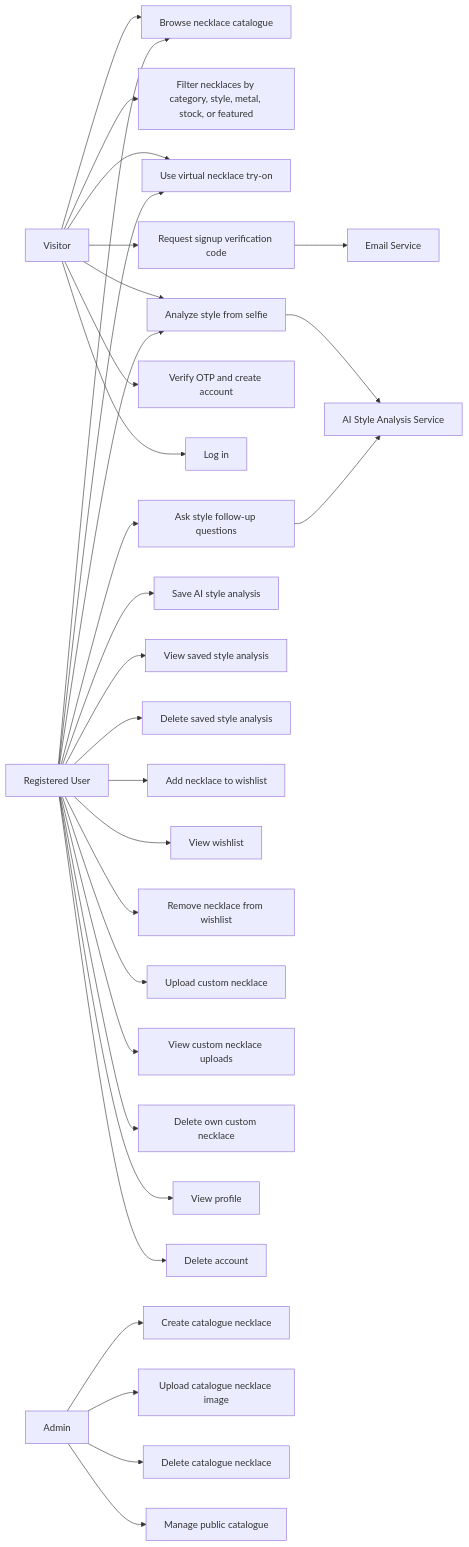
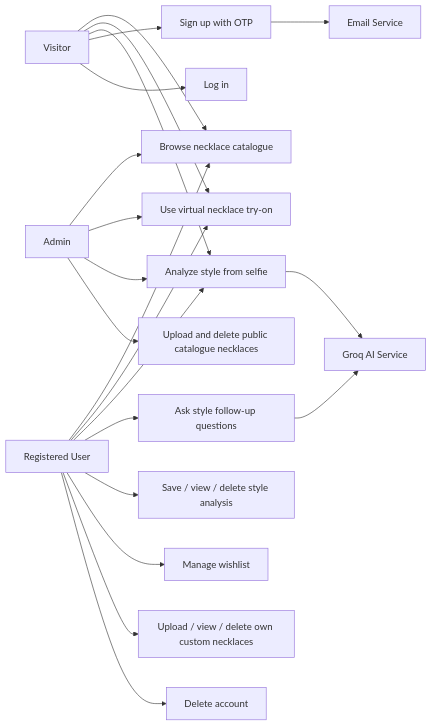
The first of 6 diagrams in docs/uml-diagrams.md (tiaoueiss/lumiere), drawn with Mermaid before and after one commit. The commit also changed other lines of this file, not shown here.

Commit message:
updated uml

````diff
--- a/docs/uml-diagrams.md
+++ b/docs/uml-diagrams.md
@@ -7,42 +7,33 @@
 ```mermaid
 flowchart LR
   visitor["Visitor"]
   user["Registered User"]
   admin["Admin"]
-  ai["AI Style Analysis Service"]
+  ai["Groq AI Service"]
   email["Email Service"]
 
   visitor --> browse["Browse necklace catalogue"]
-  visitor --> filter["Filter necklaces by category, style, metal, stock, or featured"]
   visitor --> tryon["Use virtual necklace try-on"]
   visitor --> analyze["Analyze style from selfie"]
-  visitor --> signupOtp["Request signup verification code"]
-  visitor --> verifySignup["Verify OTP and create account"]
+  visitor --> signup["Sign up with OTP"]
   visitor --> login["Log in"]
 
-  signupOtp --> email
+  signup --> email
   analyze --> ai
 
   user --> browse
   user --> tryon
   user --> analyze
   user --> followup["Ask style follow-up questions"]
-  user --> saveAnalysis["Save AI style analysis"]
-  user --> viewSaved["View saved style analysis"]
-  user --> deleteSaved["Delete saved style analysis"]
-  user --> wishlistAdd["Add necklace to wishlist"]
-  user --> wishlistView["View wishlist"]
-  user --> wishlistRemove["Remove necklace from wishlist"]
-  user --> uploadCustom["Upload custom necklace"]
-  user --> viewUploads["View custom necklace uploads"]
-  user --> deleteCustom["Delete own custom necklace"]
-  user --> viewProfile["View profile"]
+  user --> saveAnalysis["Save / view / delete style analysis"]
+  user --> wishlist["Manage wishlist"]
+  user --> customUpload["Upload / view / delete own custom necklaces"]
   user --> deleteAccount["Delete account"]
 
   followup --> ai
 
-  admin --> createCatalogue["Create catalogue necklace"]
-  admin --> uploadCatalogueImage["Upload catalogue necklace image"]
-  admin --> deleteCatalogue["Delete catalogue necklace"]
-  admin --> manageCatalogue["Manage public catalogue"]
+  admin --> browse
+  admin --> tryon
+  admin --> analyze
+  admin --> manageCatalogue["Upload and delete public catalogue necklaces"]
 ```
````
